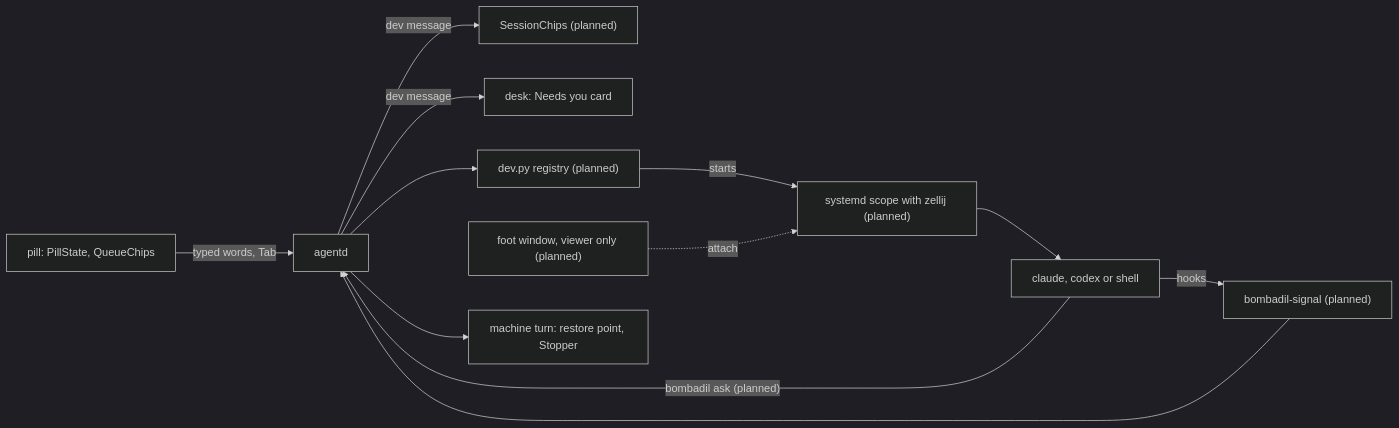
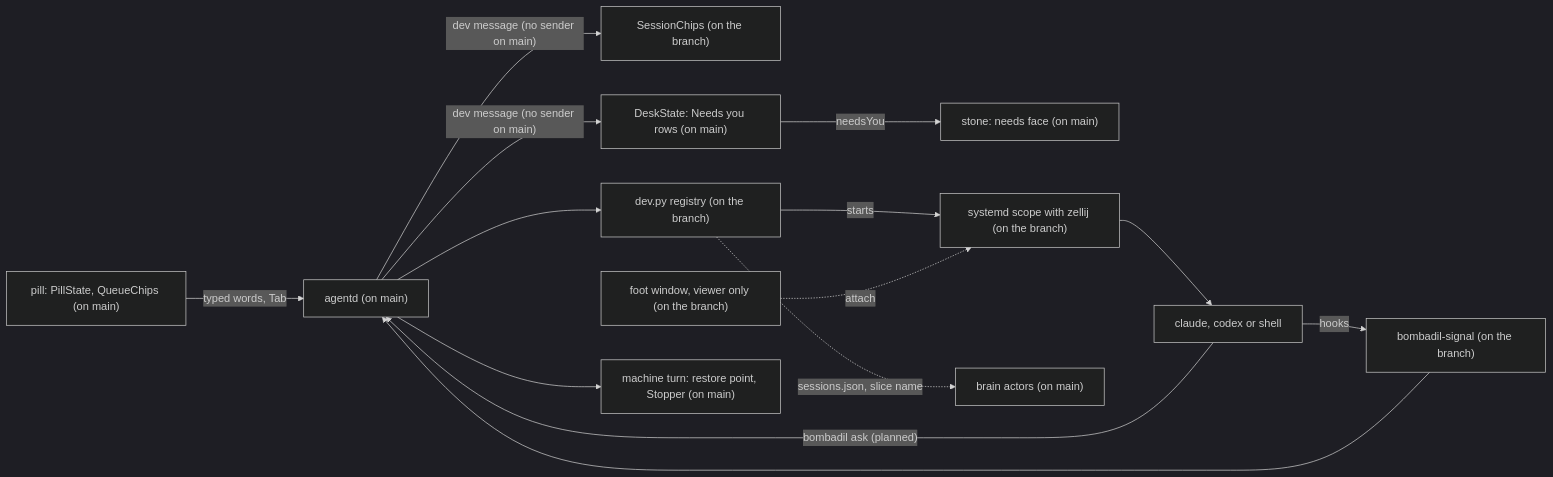
The diagram in docs/architecture/coding-sessions.md (thedefaultman/Bombadil), drawn with Mermaid (dark theme) before and after one commit. The commit also changed other lines of this file and 26 other files, not shown here.

First line of the commit message:
docs: work in progress on architecture pages, decision log, reference, security model, UX flows, forking guide

````diff
--- a/docs/architecture/coding-sessions.md
+++ b/docs/architecture/coding-sessions.md
@@ -24,14 +24,16 @@
 ```mermaid
 flowchart LR
-    pill["pill: PillState, QueueChips"] -->|"typed words, Tab"| agentd["agentd"]
-    agentd -->|"dev message"| chips["SessionChips (planned)"]
-    agentd -->|"dev message"| desk["desk: Needs you card"]
-    agentd --> dev["dev.py registry (planned)"]
-    dev -->|"starts"| scope["systemd scope with zellij (planned)"]
+    pill["pill: PillState, QueueChips (on main)"] -->|"typed words, Tab"| agentd["agentd (on main)"]
+    agentd -->|"dev message (no sender on main)"| chips["SessionChips (on the branch)"]
+    agentd -->|"dev message (no sender on main)"| desk["DeskState: Needs you rows (on main)"]
+    desk -->|"needsYou"| stone["stone: needs face (on main)"]
+    agentd --> dev["dev.py registry (on the branch)"]
+    dev -->|"starts"| scope["systemd scope with zellij (on the branch)"]
     scope --> tool["claude, codex or shell"]
-    viewer["foot window, viewer only (planned)"] -.->|"attach"| scope
-    tool -->|"hooks"| signal["bombadil-signal (planned)"]
+    viewer["foot window, viewer only (on the branch)"] -.->|"attach"| scope
+    tool -->|"hooks"| signal["bombadil-signal (on the branch)"]
     signal --> agentd
     tool -->|"bombadil ask (planned)"| agentd
-    agentd --> turn["machine turn: restore point, Stopper"]
+    agentd --> turn["machine turn: restore point, Stopper (on main)"]
+    dev -.->|"sessions.json, slice name"| brain["brain actors (on main)"]
 ```
````
